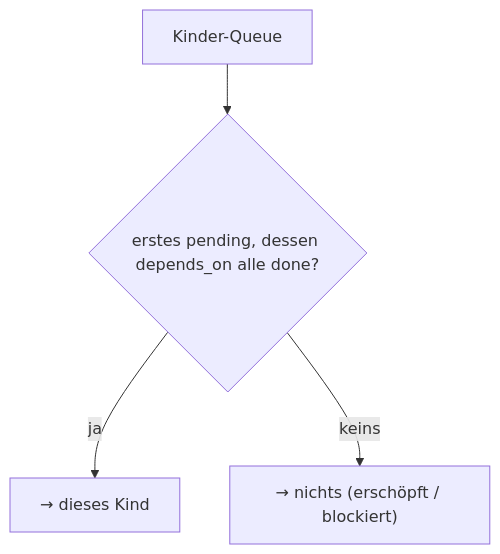
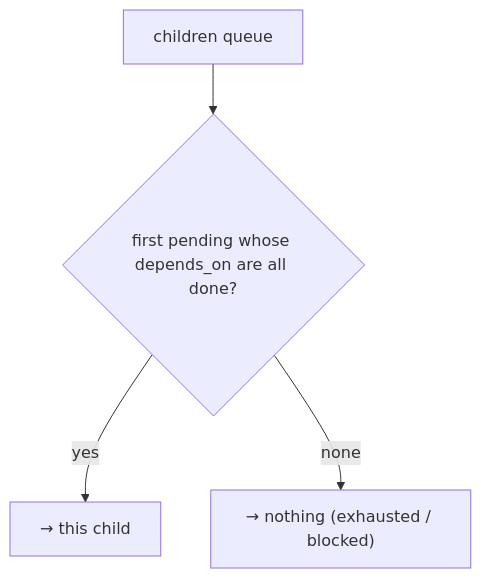
One commit to chafoo/anchored changed the diagram in docs/core/ops/scope/children.md. Above: the diagram before and after it, drawn with Mermaid. The commit also changed other lines of this file and 131 other files, not shown here.

````diff
--- a/docs/core/ops/scope/children.md
+++ b/docs/core/ops/scope/children.md
@@ -20,6 +20,6 @@
 ```mermaid
 flowchart TB
-    q["Kinder-Queue"] --> f{"erstes pending, dessen depends_on alle done?"}
-    f -->|ja| pick["→ dieses Kind"]
-    f -->|keins| none["→ nichts (erschöpft / blockiert)"]
+    q["children queue"] --> f{"first pending whose depends_on are all done?"}
+    f -->|yes| pick["→ this child"]
+    f -->|none| none["→ nothing (exhausted / blocked)"]
 ```
````
